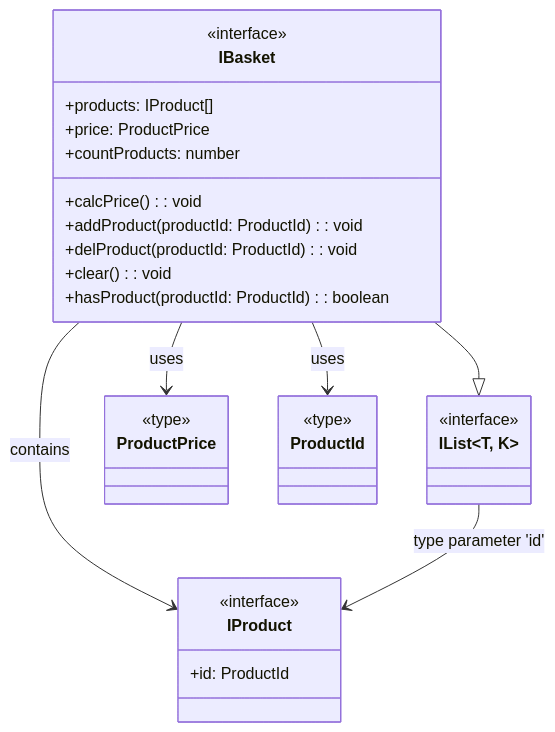
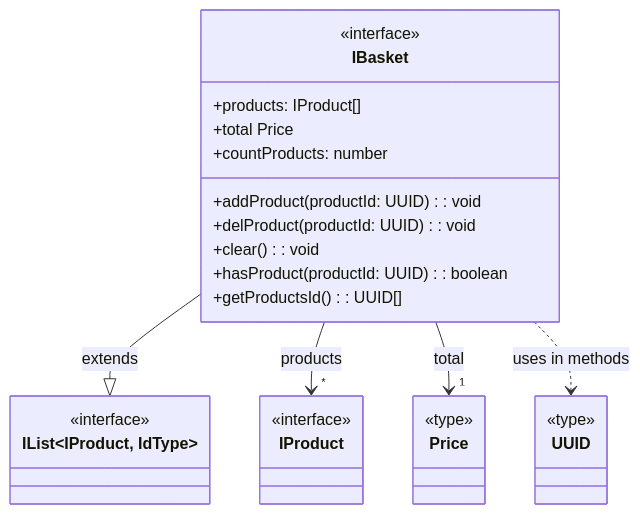
The tenth of 11 diagrams in README.md (vvk2020/weblarek), drawn with Mermaid before and after one commit. The commit also changed other lines of this file and 3 other files, not shown here.

````diff
--- a/README.md
+++ b/README.md
@@ -330,38 +454,35 @@
 ```mermaid
 classDiagram
     class IBasket {
         <<interface>>
         +products: IProduct[]
-        +price: ProductPrice
+        +total Price
         +countProducts: number
-        +calcPrice(): void
-        +addProduct(productId: ProductId): void
-        +delProduct(productId: ProductId): void
+        +addProduct(productId: UUID): void
+        +delProduct(productId: UUID): void
         +clear(): void
-        +hasProduct(productId: ProductId): boolean
+        +hasProduct(productId: UUID): boolean
+        +getProductsId(): UUID[]
     }
 
-    class IList~T, K~ {
+    class IList~IProduct, IdType~ {
         <<interface>>
     }
 
     class IProduct {
         <<interface>>
-        +id: ProductId
     }
 
-    class ProductPrice {
+    class UUID {
         <<type>>
     }
 
-    class ProductId {
+    class Price {
         <<type>>
     }
 
-    IBasket --|> IList~IProduct, 'id'~
-    IBasket --> IProduct : contains
-    IBasket --> ProductPrice : uses
-    IBasket --> ProductId : uses
-    IList~T, K~ --> IProduct : type parameter 'id'
-
+    IBasket --|> IList~IProduct, IdType~ : extends
+    IBasket --> "*" IProduct : products
+    IBasket --> "1" Price : total
+    IBasket ..> UUID : uses in methods
 ```
````
